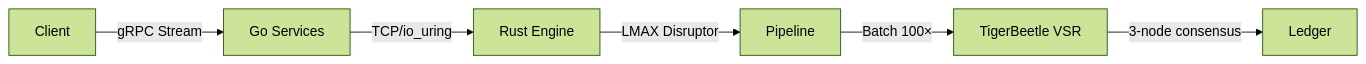
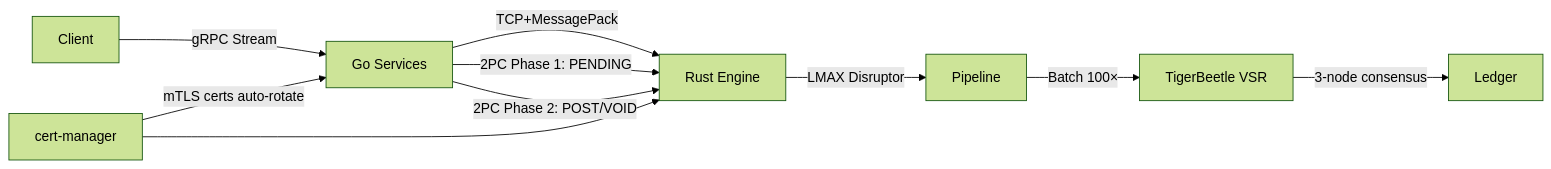
Before and after one commit to Kolerr-Lab/BLAZIL: the first of 2 diagrams in README.md, drawn with Mermaid (forest theme). The commit also changed other lines of this file, not shown here.

Commit message:
docs(readme): update versions, stack, 2PC architecture, v0.3.3 roadmap, ADRs and runbooks

````diff
--- a/README.md
+++ b/README.md
@@ -123,8 +123,12 @@
 ```mermaid
 graph LR
     A[Client] -->|gRPC Stream| B[Go Services]
-    B -->|TCP/io_uring| C[Rust Engine]
+    B -->|TCP+MessagePack| C[Rust Engine]
     C -->|LMAX Disruptor| D[Pipeline]
     D -->|Batch 100×| E[TigerBeetle VSR]
     E -->|3-node consensus| F[Ledger]
+    B -->|2PC Phase 1: PENDING| C
+    B -->|2PC Phase 2: POST/VOID| C
+    G[cert-manager] -->|mTLS certs auto-rotate| B
+    G --> C
 ```
````
